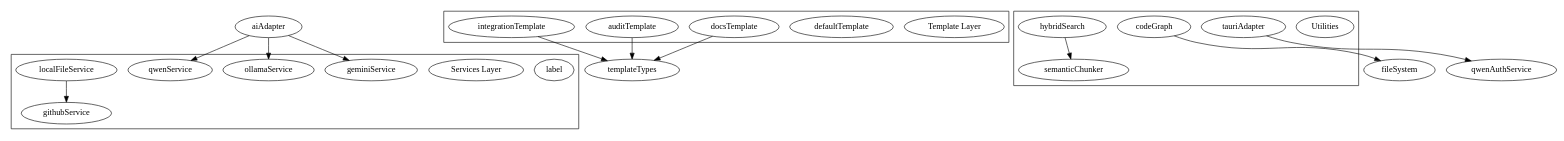
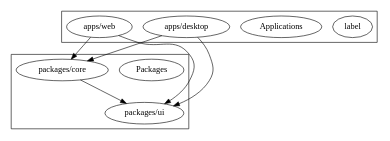
Before and after one commit to Sucotasch/Repo-Prompt-Generator: the diagram in README.md, drawn with Graphviz. The commit also changed other lines of this file, not shown here.

````diff
--- a/README.md
+++ b/README.md
@@ -155,44 +160,23 @@
 ```dot
-digraph CoreArchitecture {
+digraph Dependencies {
   rankdir=TB;
   
-  subgraph cluster_services {
-    label "Services Layer";
-    geminiService;
-    ollamaService;
-    qwenService;
-    githubService;
-    localFileService;
+  subgraph cluster_apps {
+    label "Applications";
+    web [label="apps/web"];
+    desktop [label="apps/desktop"];
   }
   
-  subgraph cluster_templates {
-    label "Template Layer";
-    defaultTemplate;
-    docsTemplate;
-    auditTemplate;
-    integrationTemplate;
+  subgraph cluster_packages {
+    label "Packages";
+    core [label="packages/core"];
+    ui [label="packages/ui"];
   }
   
-  subgraph cluster_utils {
-    label "Utilities";
-    codeGraph;
-    hybridSearch;
-    semanticChunker;
-    tauriAdapter;
-  }
-  
-  aiAdapter -> geminiService;
-  aiAdapter -> ollamaService;
-  aiAdapter -> qwenService;
-  
-  docsTemplate -> templateTypes;
-  auditTemplate -> templateTypes;
-  integrationTemplate -> templateTypes;
-  
-  hybridSearch -> semanticChunker;
-  codeGraph -> fileSystem;
-  
-  tauriAdapter -> qwenAuthService;
-  localFileService -> githubService;
+  web -> core;
+  web -> ui;
+  desktop -> core;
+  desktop -> ui;
+  core -> ui;
 }
 ```
````
